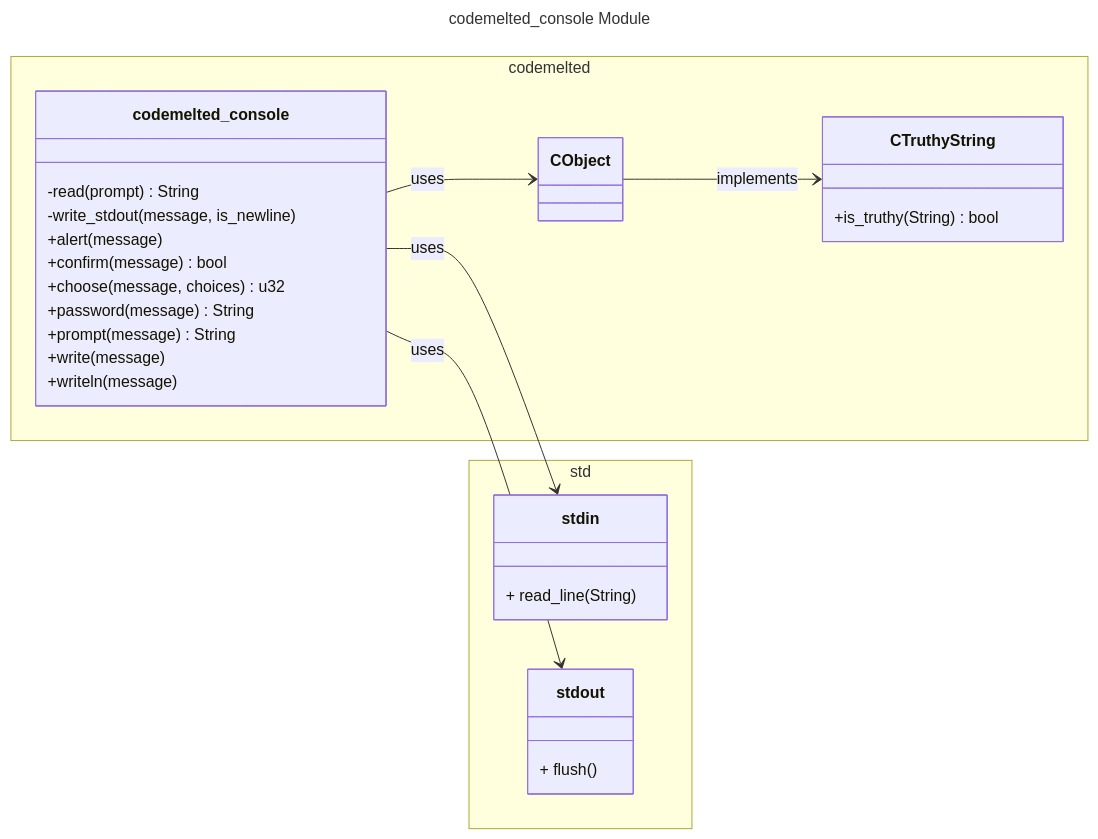
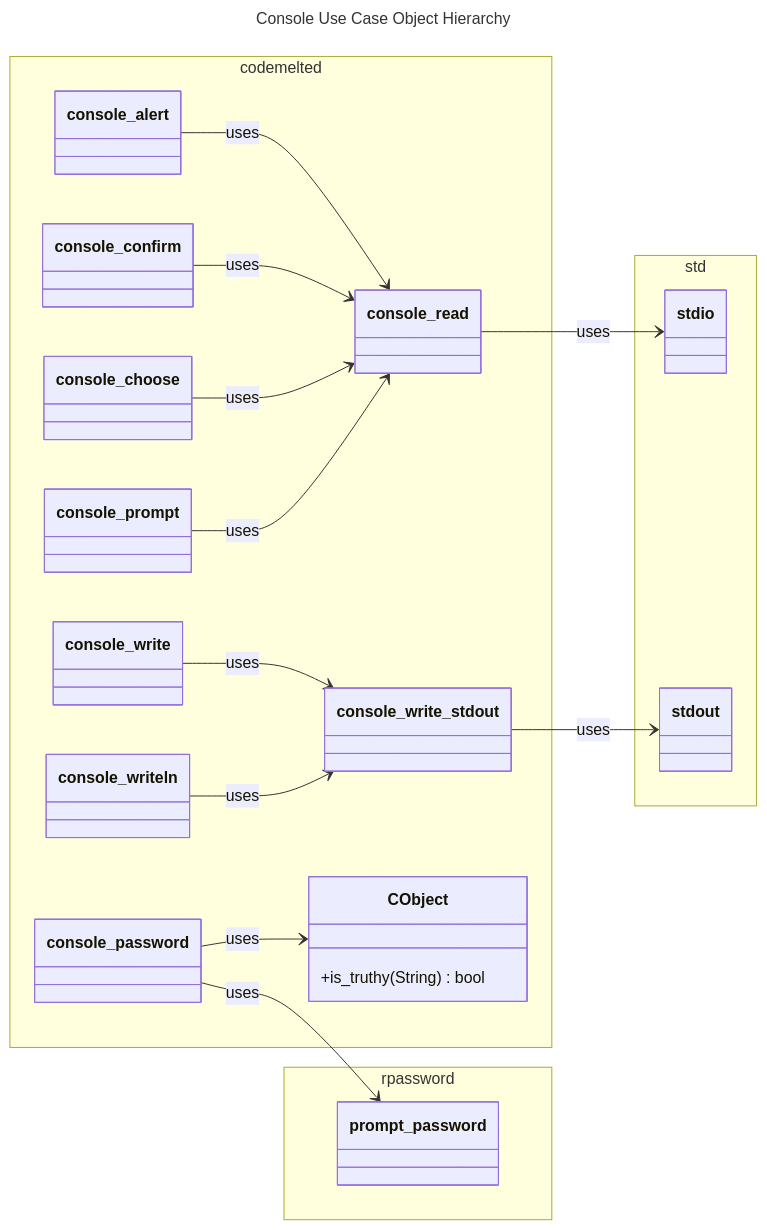
The diagram in codemelted_rust/models/codemelted_console.mmd (CodeMelted/codemelted_developer), drawn with Mermaid before and after one commit. The commit also changed 46 other files, not shown here.

```diff
--- a/codemelted_rust/models/codemelted_console.mmd
+++ b/codemelted_rust/models/codemelted_console.mmd
@@ -1,36 +1,36 @@
 ---
-title: codemelted_console Module
+title: Console Use Case Object Hierarchy
 ---
 classDiagram
   direction LR
   namespace codemelted {
-    class codemelted_console {
-      -read(prompt) String
-      -write_stdout(message, is_newline)
-      +alert(message)
-      +confirm(message) bool
-      +choose(message, choices) u32
-      +password(message) String
-      +prompt(message) String
-      +write(message)
-      +writeln(message)
-    }
+    class console_read
+    class console_write_stdout
+    class console_alert
+    class console_confirm
+    class console_choose
+    class console_password
+    class console_prompt
+    class console_write
+    class console_writeln
     class CObject {
-
-    }
-    class CTruthyString {
       +is_truthy(String) bool
     }
   }
+  namespace rpassword {
+    class prompt_password
+  }
   namespace std {
-    class stdin {
-      + read_line(String)
-    }
-    class stdout {
-      + flush()
-    }
+    class stdio
+    class stdout
   }
-  codemelted_console --> stdin : uses
-  codemelted_console --> stdout : uses
-  CObject --> CTruthyString : implements
-  codemelted_console --> CObject : uses
+  console_read --> stdio: uses
+  console_write_stdout --> stdout: uses
+  console_alert --> console_read: uses
+  console_confirm --> console_read: uses
+  console_choose --> console_read: uses
+  console_password --> prompt_password: uses
+  console_password --> CObject: uses
+  console_prompt --> console_read: uses
+  console_write --> console_write_stdout: uses
+  console_writeln --> console_write_stdout: uses
```
